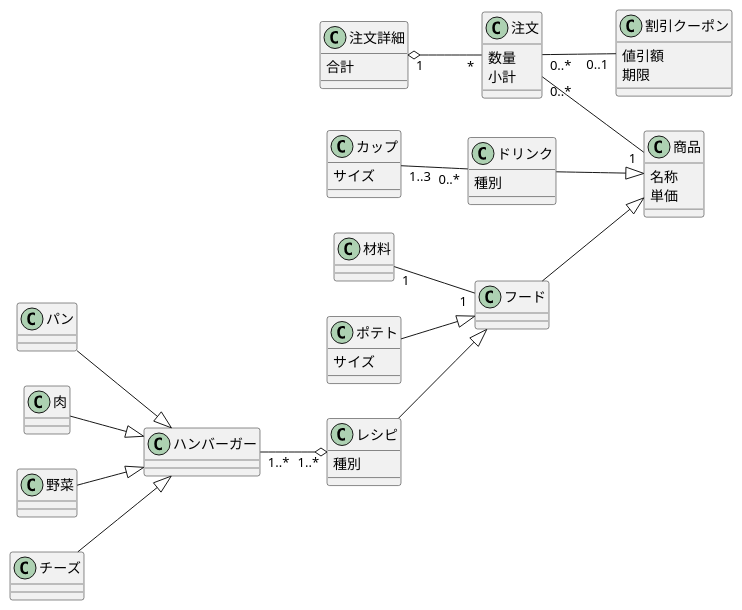
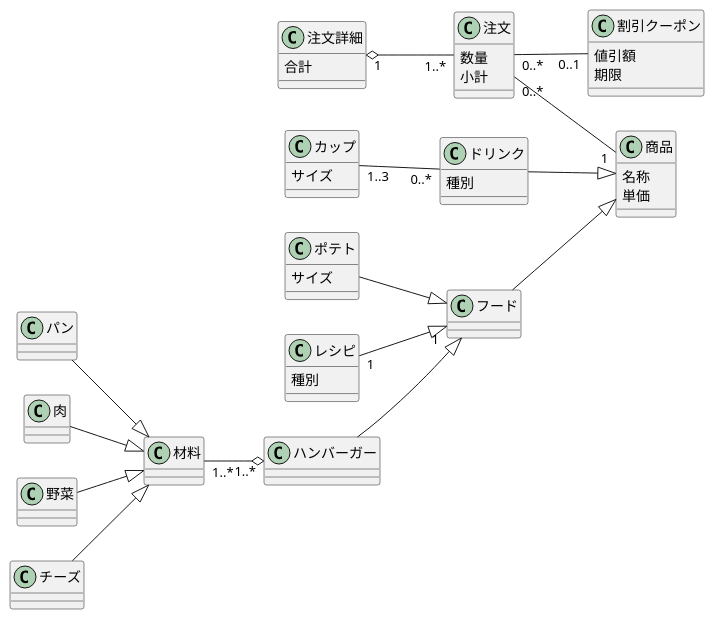
The diagram in 演習7-4-1_CL_ハンバーガーショップ.pu (itouayumu/uml-introduction-), drawn with PlantUML before and after one commit.

Commit message:
修正

```diff
--- a/演習7-4-1_CL_ハンバーガーショップ.pu
+++ b/演習7-4-1_CL_ハンバーガーショップ.pu
@@ -1,55 +1,55 @@
 @startuml
 left to right direction
 
 class 注文詳細{
     合計
     }
 class 注文{
     数量
     小計
 }
 class 割引クーポン{
     値引額
     期限
 }
 class 商品{
     名称
     単価
 }
 class ドリンク{
     種別
 }
 class カップ{
     サイズ
 }
 class フード{}
 
 
 class 材料{}
 class ポテト{
     サイズ
 }
 class レシピ{
     種別
 }
 class ハンバーガー{}
 class パン{}
 class 肉{}
 class 野菜{}
 class チーズ{}
 
-注文詳細"1" o--"*"注文
+注文詳細"1" o--"1..*"注文
 注文"0..*"--"0..1"割引クーポン
 注文"0..*"-down-"1"商品
 ドリンク--|>商品
 カップ"1..3"--"0..*"ドリンク
 フード--|>商品
-材料"1"--"1"フード
+材料"1..*"--o "1..*"ハンバーガー
 ポテト--|>フード
-レシピ--|>フード
-ハンバーガー"1..*"--o "1..*"レシピ
-パン--|>ハンバーガー
-肉--|>ハンバーガー
-野菜--|>ハンバーガー
-チーズ--|>ハンバーガー
+レシピ"1"--|>"1"フード
+ハンバーガー--|>フード
+パン--|>材料
+肉--|>材料
+野菜--|>材料
+チーズ--|>材料
 @enduml
```
